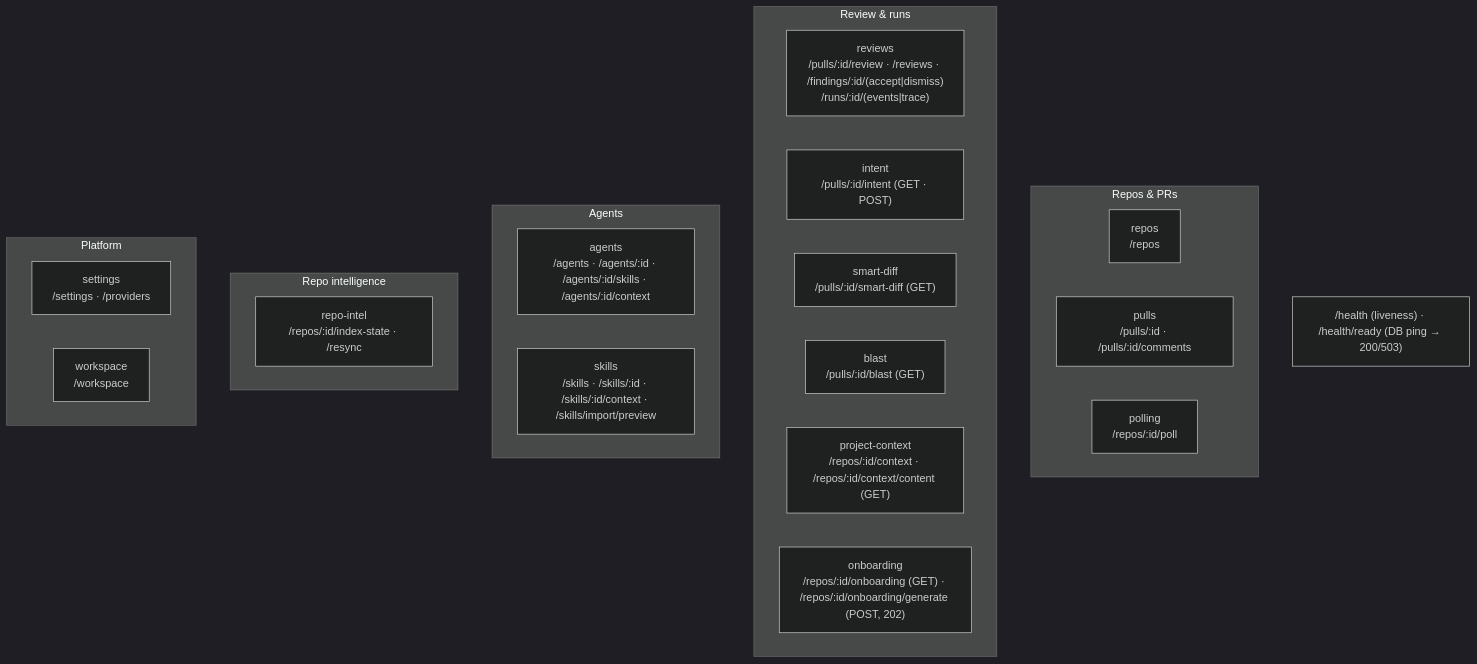
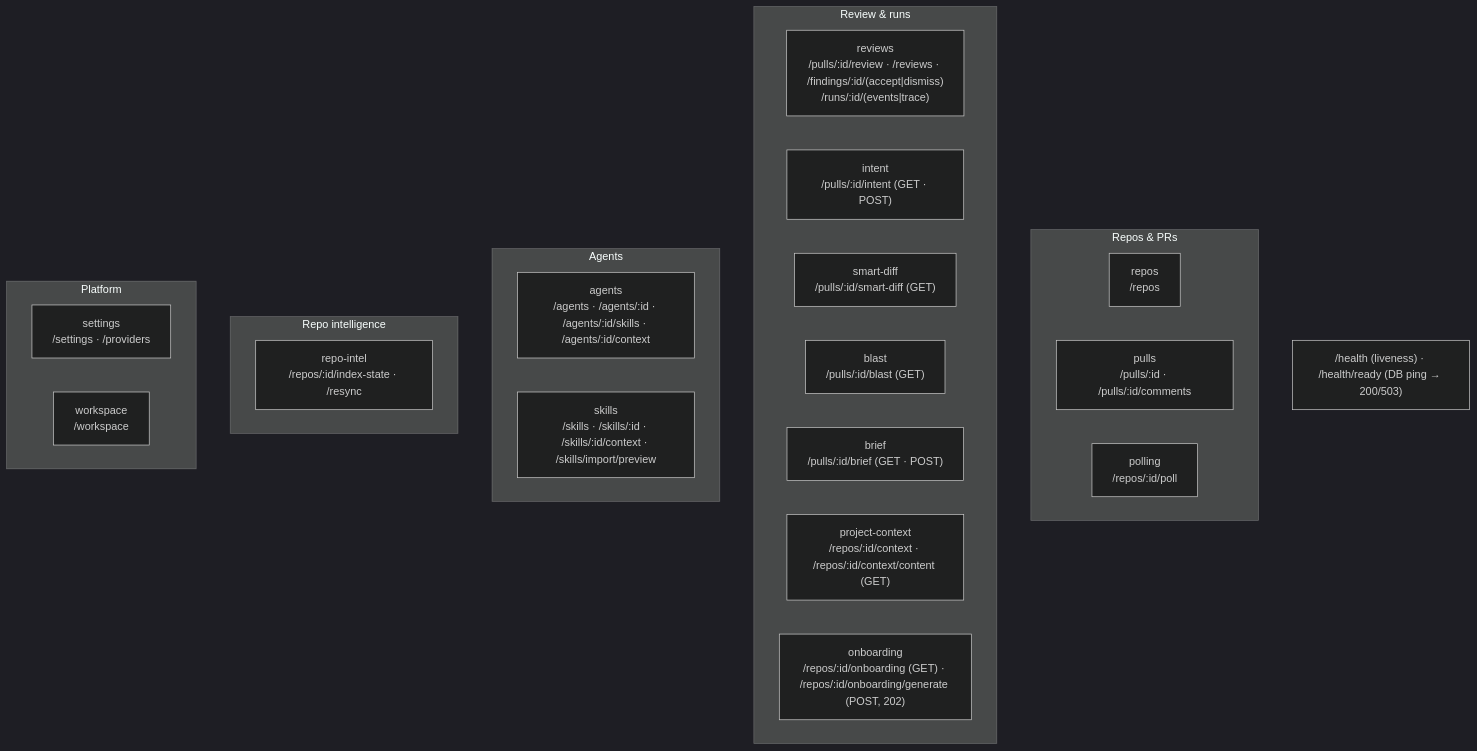
Before and after one commit to artemmmon/dev-digest: the second of 2 diagrams in server/README.md, drawn with Mermaid (dark theme). The commit also changed other lines of this file and 79 other files, not shown here.

First line of the commit message:
feat: HW5 PR Brief — Overview block, GET/POST /pulls/:id/brief and jump to Files changed (#19)

````diff
--- a/server/README.md
+++ b/server/README.md
@@ -69,28 +69,29 @@
 ```mermaid
 flowchart TB
   subgraph Repos_PRs["Repos & PRs"]
     repos["repos<br/>/repos"]
     pulls["pulls<br/>/pulls/:id · /pulls/:id/comments"]
     polling["polling<br/>/repos/:id/poll"]
   end
   subgraph Review["Review & runs"]
     reviews["reviews<br/>/pulls/:id/review · /reviews · /findings/:id/(accept|dismiss)<br/>/runs/:id/(events|trace)"]
     intent["intent<br/>/pulls/:id/intent (GET · POST)"]
     smartDiff["smart-diff<br/>/pulls/:id/smart-diff (GET)"]
     blast["blast<br/>/pulls/:id/blast (GET)"]
+    brief["brief<br/>/pulls/:id/brief (GET · POST)"]
     projectContext["project-context<br/>/repos/:id/context · /repos/:id/context/content (GET)"]
     onboarding["onboarding<br/>/repos/:id/onboarding (GET) · /repos/:id/onboarding/generate (POST, 202)"]
   end
   subgraph Agents["Agents"]
     agents["agents<br/>/agents · /agents/:id · /agents/:id/skills · /agents/:id/context"]
     skills["skills<br/>/skills · /skills/:id · /skills/:id/context · /skills/import/preview"]
   end
   subgraph Intel["Repo intelligence"]
     repoIntel["repo-intel<br/>/repos/:id/index-state · /resync"]
   end
   subgraph Platform["Platform"]
     settings["settings<br/>/settings · /providers"]
     workspace["workspace<br/>/workspace"]
   end
   HEALTH["/health (liveness) · /health/ready (DB ping → 200/503)"]
 ```
````
